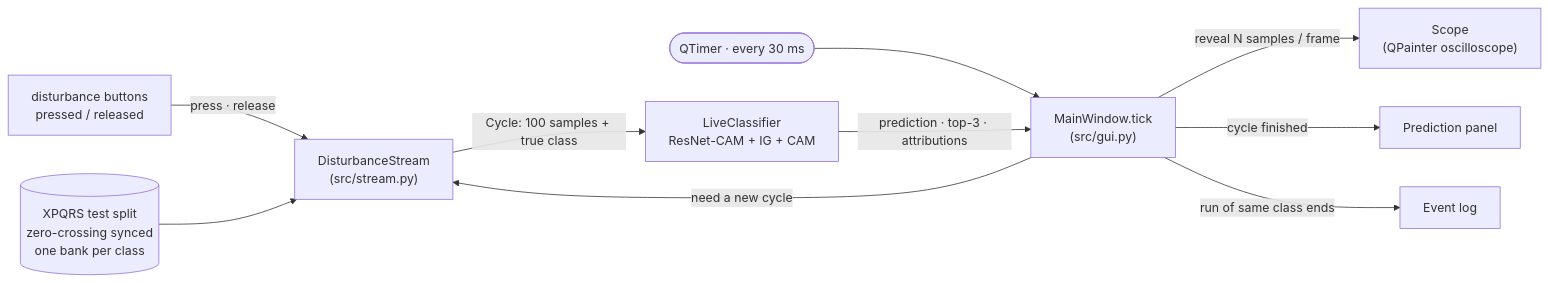
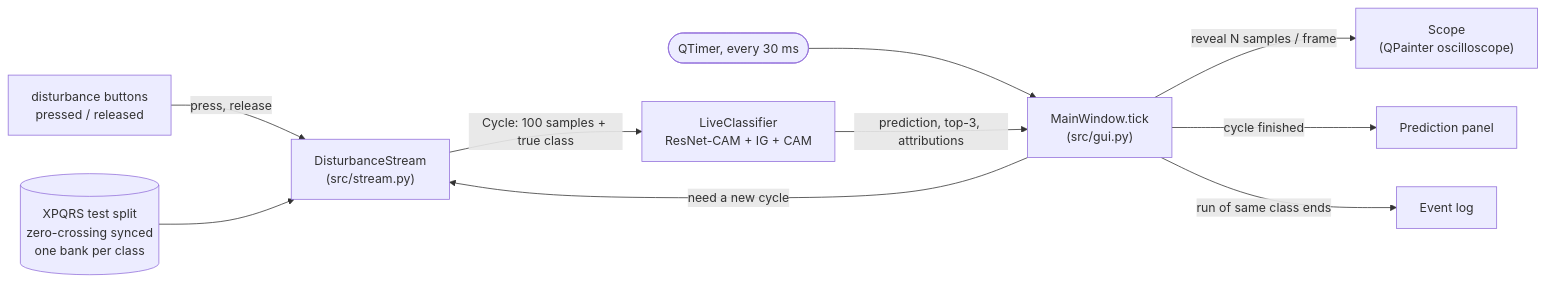
One commit to Chethan616/xai changed the diagram in docs/GUI.md. Above: the diagram before and after it, drawn with Mermaid. The commit also changed other lines of this file and 18 other files, not shown here.

Commit message:
Replace middle-dot separators with commas and pipes across docs, diagrams and GUI

````diff
--- a/docs/GUI.md
+++ b/docs/GUI.md
@@ -103,12 +103,12 @@
 ```mermaid
 flowchart LR
-    BTN["disturbance buttons<br/>pressed / released"] -->|press · release| ST["DisturbanceStream<br/>(src/stream.py)"]
+    BTN["disturbance buttons<br/>pressed / released"] -->|press, release| ST["DisturbanceStream<br/>(src/stream.py)"]
     BANK[("XPQRS test split<br/>zero-crossing synced<br/>one bank per class")] --> ST
-    TICK(["QTimer · every 30 ms"]) --> MW["MainWindow.tick<br/>(src/gui.py)"]
+    TICK(["QTimer, every 30 ms"]) --> MW["MainWindow.tick<br/>(src/gui.py)"]
     MW -->|"need a new cycle"| ST
     ST -->|"Cycle: 100 samples + true class"| LC["LiveClassifier<br/>ResNet-CAM + IG + CAM"]
-    LC -->|"prediction · top-3 · attributions"| MW
+    LC -->|"prediction, top-3, attributions"| MW
     MW -->|"reveal N samples / frame"| SC["Scope<br/>(QPainter oscilloscope)"]
     MW -->|"cycle finished"| PP["Prediction panel"]
     MW -->|"run of same class ends"| LOG["Event log"]
 ```
````
